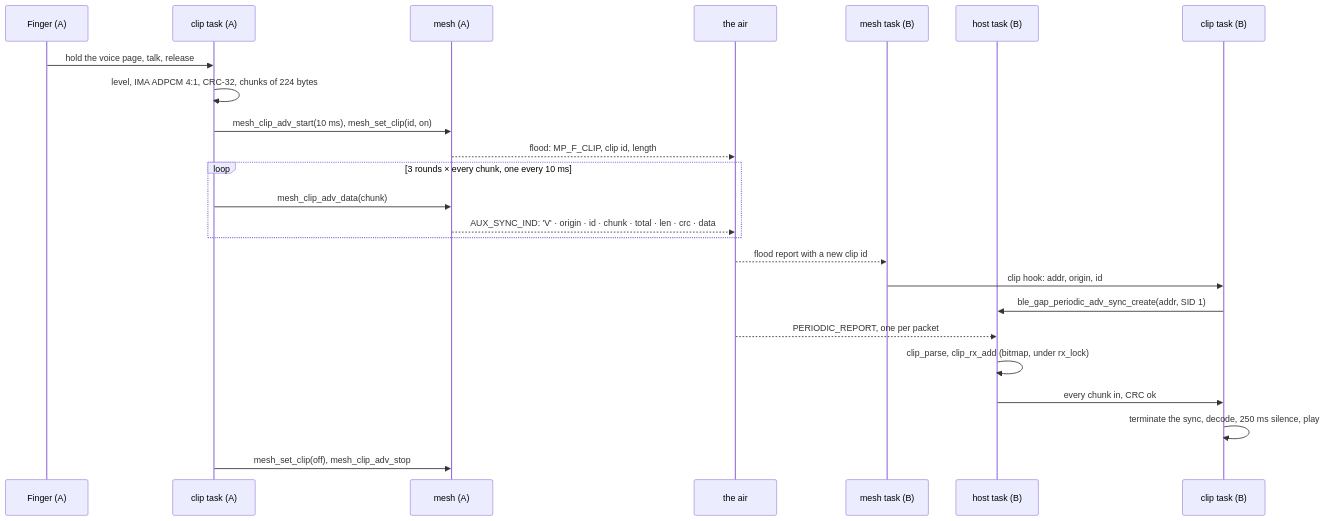
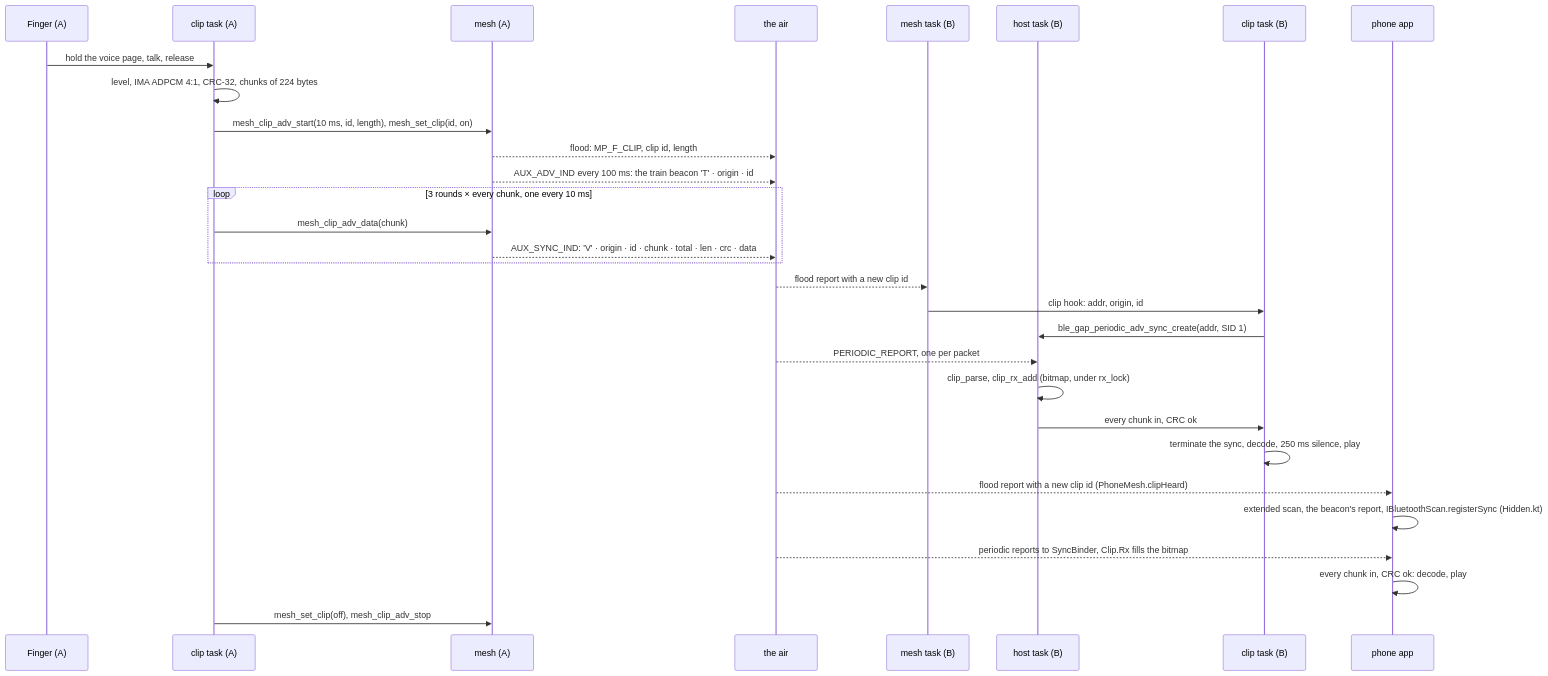
One commit to TheMonkeyz/esp32-s3-colormesh changed diagram 12 of 21 in docs/DIAGRAMS.md. Above: the diagram before and after it, drawn with Mermaid. The commit also changed other lines of this file and 25 other files, not shown here.

First line of the commit message:
Phone hears the boards' voice clips: train beacon, the hidden periodic sync on Android 17

````diff
--- a/docs/DIAGRAMS.md
+++ b/docs/DIAGRAMS.md
@@ -391,27 +394,33 @@
 ```mermaid
 sequenceDiagram
   participant F as Finger (A)
   participant C as clip task (A)
   participant M as mesh (A)
   participant Air as the air
   participant MB as mesh task (B)
   participant HB as host task (B)
   participant CB as clip task (B)
+  participant P as phone app
 
   F->>C: hold the voice page, talk, release
   C->>C: level, IMA ADPCM 4:1, CRC-32, chunks of 224 bytes
-  C->>M: mesh_clip_adv_start(10 ms), mesh_set_clip(id, on)
+  C->>M: mesh_clip_adv_start(10 ms, id, length), mesh_set_clip(id, on)
   M-->>Air: flood: MP_F_CLIP, clip id, length
+  M-->>Air: AUX_ADV_IND every 100 ms: the train beacon 'T' · origin · id
   loop 3 rounds × every chunk, one every 10 ms
     C->>M: mesh_clip_adv_data(chunk)
     M-->>Air: AUX_SYNC_IND: 'V' · origin · id · chunk · total · len · crc · data
   end
   Air-->>MB: flood report with a new clip id
   MB->>CB: clip hook: addr, origin, id
   CB->>HB: ble_gap_periodic_adv_sync_create(addr, SID 1)
   Air-->>HB: PERIODIC_REPORT, one per packet
   HB->>HB: clip_parse, clip_rx_add (bitmap, under rx_lock)
   HB->>CB: every chunk in, CRC ok
   CB->>CB: terminate the sync, decode, 250 ms silence, play
+  Air-->>P: flood report with a new clip id (PhoneMesh.clipHeard)
+  P->>P: extended scan, the beacon's report, IBluetoothScan.registerSync (Hidden.kt)
+  Air-->>P: periodic reports to SyncBinder, Clip.Rx fills the bitmap
+  P->>P: every chunk in, CRC ok: decode, play
   C->>M: mesh_set_clip(off), mesh_clip_adv_stop
 ```
````
